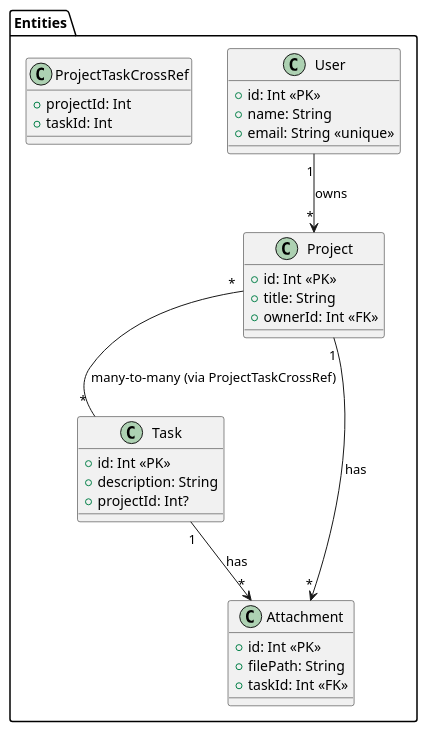
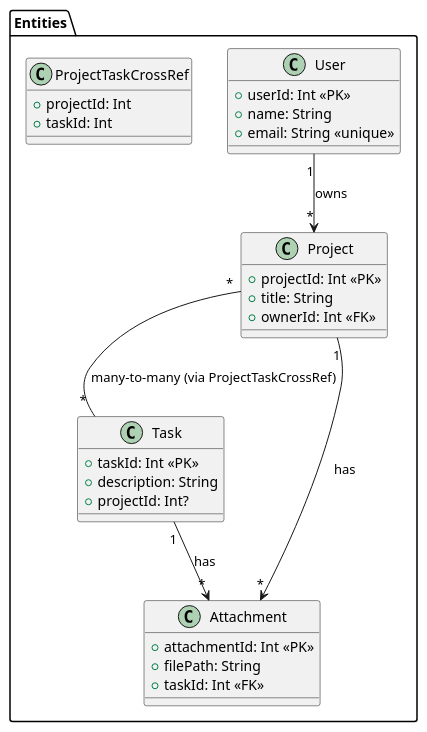
One commit to Mohamed-Ashraf273/TaskManagementApp changed the diagram in schema.puml. Above: the diagram before and after it, drawn with PlantUML. The commit also changed 1 other file, not shown here.

Commit message:
add schema

```diff
--- a/schema.puml
+++ b/schema.puml
@@ -1,33 +1,33 @@
 @startuml
 package "Entities" {
   class User {
-    +id: Int <<PK>>
+    +userId: Int <<PK>>
     +name: String
     +email: String <<unique>>
   }
   class Project {
-    +id: Int <<PK>>
+    +projectId: Int <<PK>>
     +title: String
     +ownerId: Int <<FK>>
   }
   class Task {
-    +id: Int <<PK>>
+    +taskId: Int <<PK>>
     +description: String
     +projectId: Int?
   }
   class Attachment {
-    +id: Int <<PK>>
+    +attachmentId: Int <<PK>>
     +filePath: String
     +taskId: Int <<FK>>
   }
   class ProjectTaskCrossRef {
     +projectId: Int
     +taskId: Int
   }
 }
 
 User "1" --> "*" Project : owns
 Project "1" --> "*" Attachment : has
 Task "1" --> "*" Attachment : has
 Project "*" -- "*" Task : many-to-many (via ProjectTaskCrossRef)
 @enduml
```
